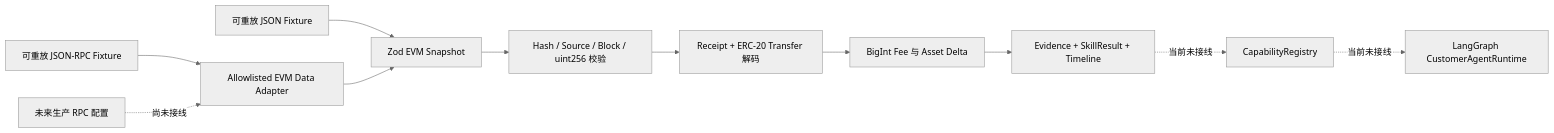
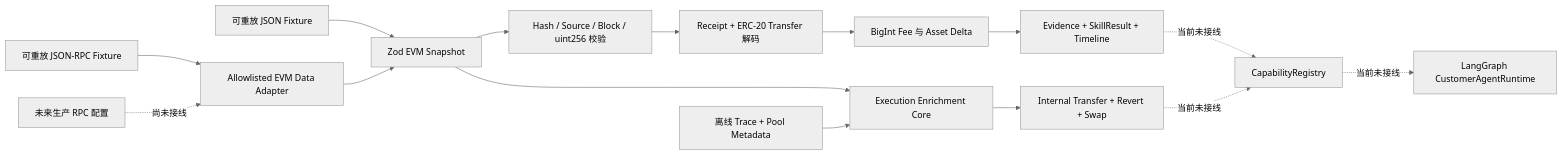
The diagram in docs/transaction-analysis-core.md (spencer17x/xxyy-ask), drawn with Mermaid (neutral theme) before and after one commit. The commit also changed other lines of this file and 23 other files, not shown here.

Commit message:
feat(rag): add EVM execution enrichment core

````diff
--- a/docs/transaction-analysis-core.md
+++ b/docs/transaction-analysis-core.md
@@ -11,14 +11,18 @@
 ```mermaid
 flowchart LR
   Fixture["可重放 JSON Fixture"] --> Snapshot["Zod EVM Snapshot"]
   RpcFixture["可重放 JSON-RPC Fixture"] --> DataAdapter["Allowlisted EVM Data Adapter"]
   ConfiguredRpc["未来生产 RPC 配置"] -. "尚未接线" .-> DataAdapter
   DataAdapter --> Snapshot
   Snapshot --> Validate["Hash / Source / Block / uint256 校验"]
   Validate --> Decode["Receipt + ERC-20 Transfer 解码"]
   Decode --> Calculate["BigInt Fee 与 Asset Delta"]
   Calculate --> Result["Evidence + SkillResult + Timeline"]
+  Snapshot --> Enrichment["Execution Enrichment Core"]
+  Trace["离线 Trace + Pool Metadata"] --> Enrichment
+  Enrichment --> Enriched["Internal Transfer + Revert + Swap"]
 
   Result -. "当前未接线" .-> Capability["CapabilityRegistry"]
+  Enriched -. "当前未接线" .-> Capability
   Capability -. "当前未接线" .-> Agent["LangGraph CustomerAgentRuntime"]
 ```
````
